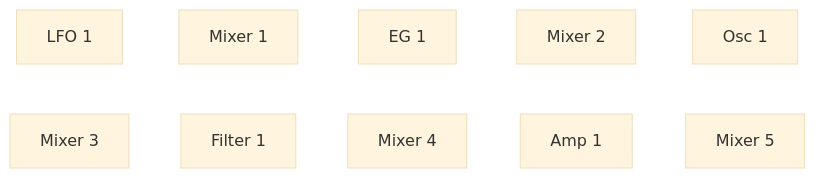
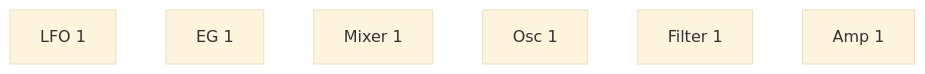
The second of 4 diagrams in spms1_type1/README.ja.md (risgk/midi_synthesizer_spms1), drawn with Mermaid (base theme) before and after one commit. The commit also changed other lines of this file and 11 other files, not shown here.

````diff
--- a/spms1_type1/README.ja.md
+++ b/spms1_type1/README.ja.md
@@ -185,5 +186,4 @@
 ```mermaid
 flowchart LR
-  LFO[LFO 1] ~~~ MIX1[Mixer 1] ~~~ EG[EG 1] ~~~ MIX2[Mixer 2] ~~~ OSC[Osc 1]
-  MIX3[Mixer 3] ~~~ FILTER[Filter 1] ~~~ MIX4[Mixer 4] ~~~ AMP[Amp 1] ~~~ MIX5[Mixer 5]
+  LFO[LFO 1] ~~~ EG[EG 1] ~~~ MIX1[Mixer 1] ~~~ OSC[Osc 1] ~~~ FILTER[Filter 1] ~~~ AMP[Amp 1]
 ```
````
